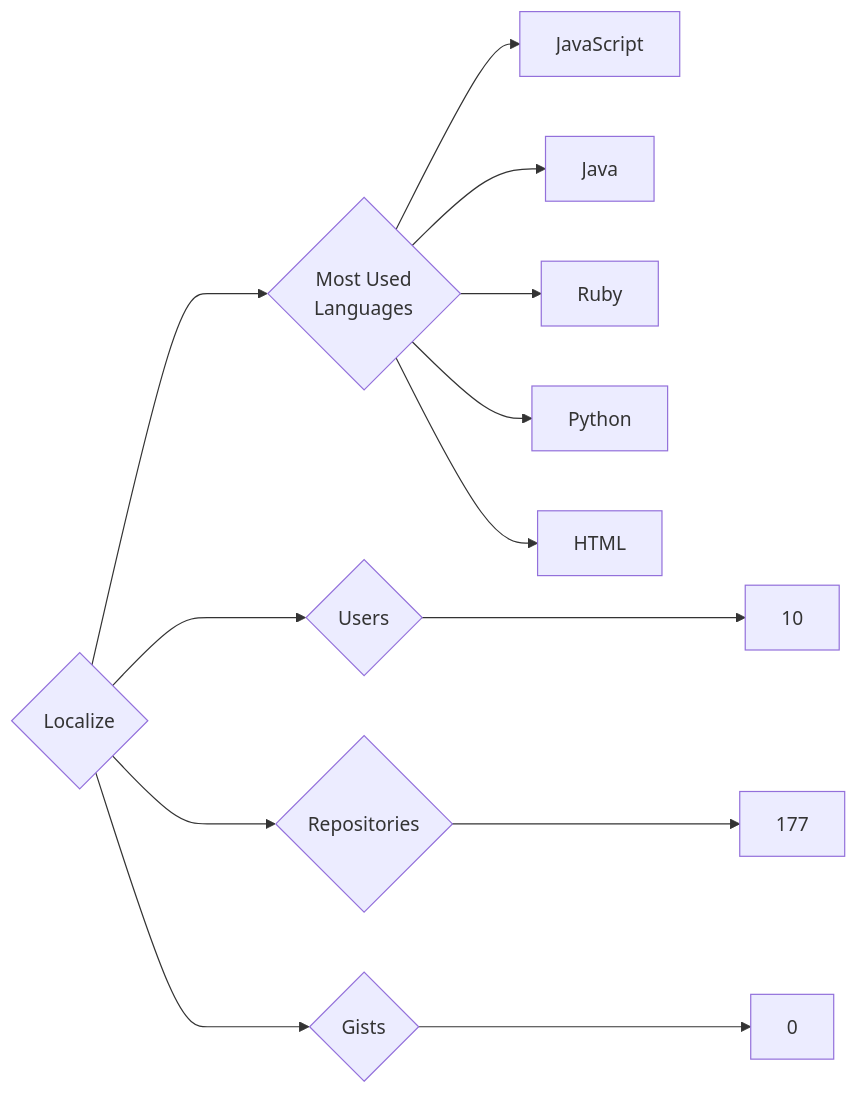
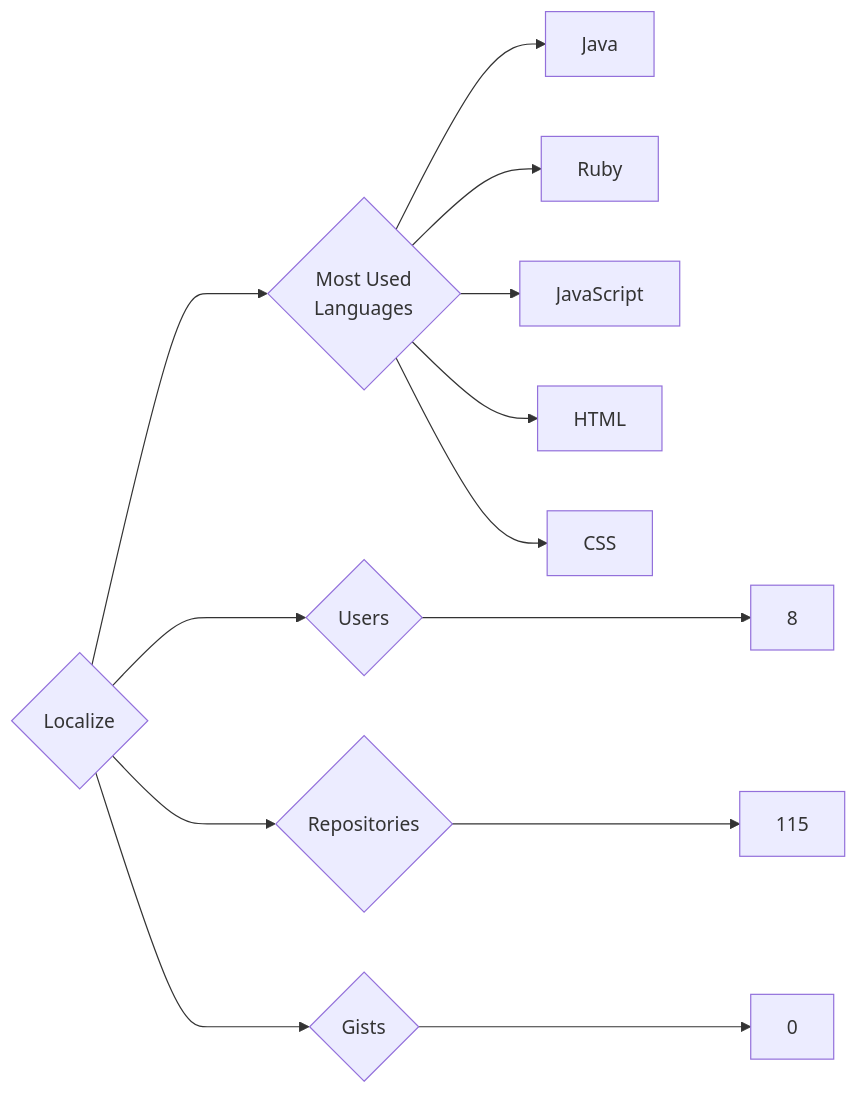
One commit to trickest/insiders changed the diagram in targets/Localize/README.md. Above: the diagram before and after it, drawn with Mermaid. The commit also changed 935 other files, not shown here.

````diff
--- a/targets/Localize/README.md
+++ b/targets/Localize/README.md
@@ -3,13 +3,13 @@
 ```mermaid
 graph LR
 COMPANY_NAME{Localize}
-COMPANY_NAME ---> U{Users} ---> UN[10]
-COMPANY_NAME ---> R{Repositories} ---> RN[177]
+COMPANY_NAME ---> U{Users} ---> UN[8]
+COMPANY_NAME ---> R{Repositories} ---> RN[115]
 COMPANY_NAME ---> G{Gists} ---> GN[0]
 COMPANY_NAME ---> ML{Most Used<br>Languages}
-ML --> JavaScript[JavaScript]
 ML --> Java[Java]
 ML --> Ruby[Ruby]
-ML --> Python[Python]
+ML --> JavaScript[JavaScript]
 ML --> HTML[HTML]
+ML --> CSS[CSS]
 ```
````
